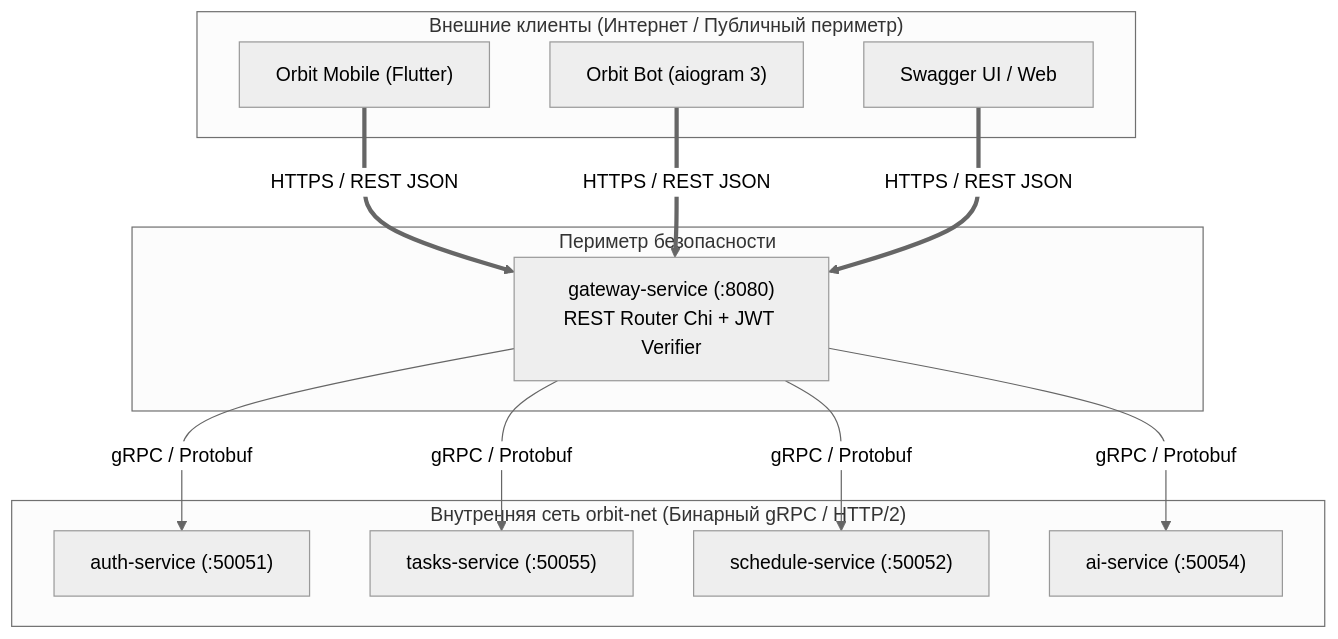
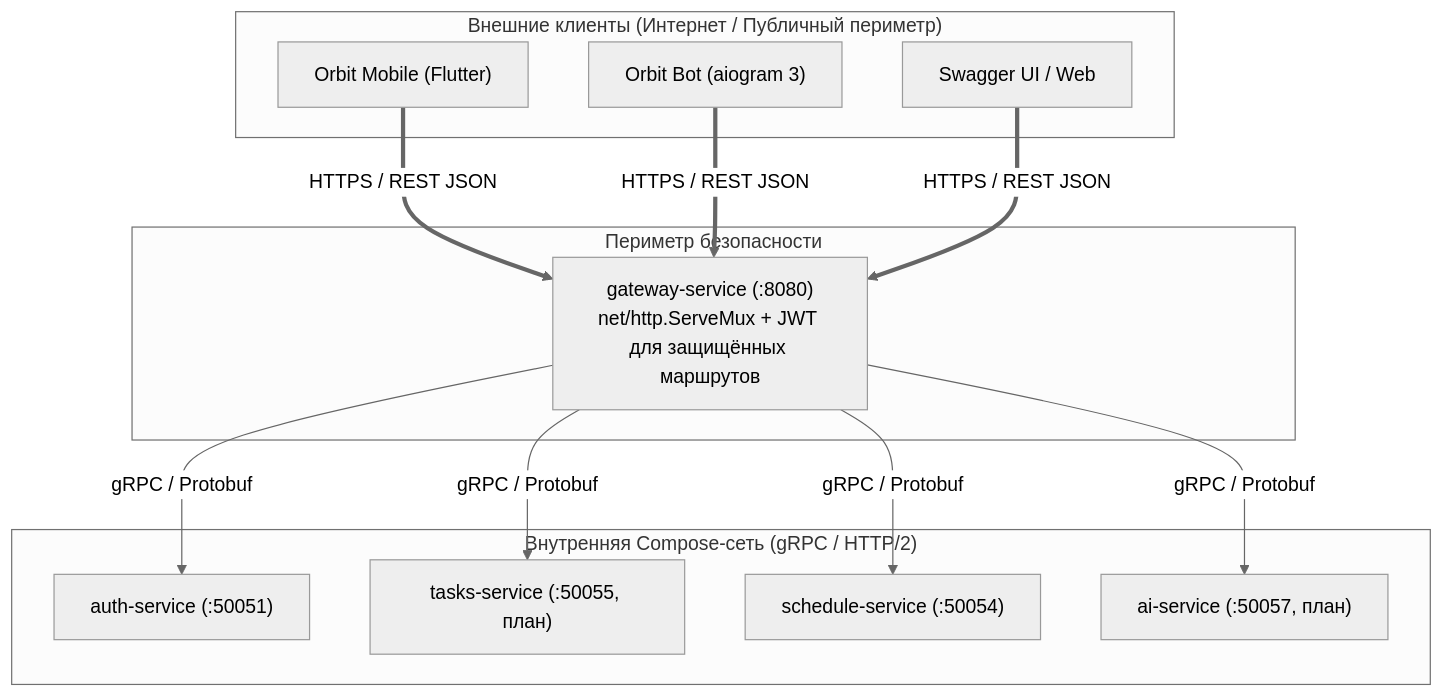
Before and after one commit to orbit-polytech/orbit-docs: the diagram in docs/explanation/why-grpc-and-rest.md, drawn with Mermaid (neutral theme). The commit also changed other lines of this file and 42 other files, not shown here.

Commit message:
docs(schedule): align API, onboarding and architecture with current stack (#4)

````diff
--- a/docs/explanation/why-grpc-and-rest.md
+++ b/docs/explanation/why-grpc-and-rest.md
@@ -7,28 +7,28 @@
 ```mermaid
 flowchart TD
     subgraph Clients ["Внешние клиенты (Интернет / Публичный периметр)"]
         Mobile["Orbit Mobile (Flutter)"]
         Bot["Orbit Bot (aiogram 3)"]
         Web["Swagger UI / Web"]
     end
 
     subgraph Perimeter ["Периметр безопасности"]
-        GW["gateway-service (:8080)<br/>REST Router Chi + JWT Verifier"]
+        GW["gateway-service (:8080)<br/>net/http.ServeMux + JWT для защищённых маршрутов"]
     end
 
-    subgraph InternalMesh ["Внутренняя сеть orbit-net (Бинарный gRPC / HTTP/2)"]
+    subgraph InternalMesh ["Внутренняя Compose-сеть (gRPC / HTTP/2)"]
         Auth["auth-service (:50051)"]
-        Tasks["tasks-service (:50055)"]
-        Sched["schedule-service (:50052)"]
-        AI["ai-service (:50054)"]
+        Tasks["tasks-service (:50055, план)"]
+        Sched["schedule-service (:50054)"]
+        AI["ai-service (:50057, план)"]
     end
 
     Mobile ==>|"HTTPS / REST JSON"| GW
     Bot ==>|"HTTPS / REST JSON"| GW
     Web ==>|"HTTPS / REST JSON"| GW
 
     GW -->|"gRPC / Protobuf"| Auth
     GW -->|"gRPC / Protobuf"| Tasks
     GW -->|"gRPC / Protobuf"| Sched
     GW -->|"gRPC / Protobuf"| AI
 ```
````
